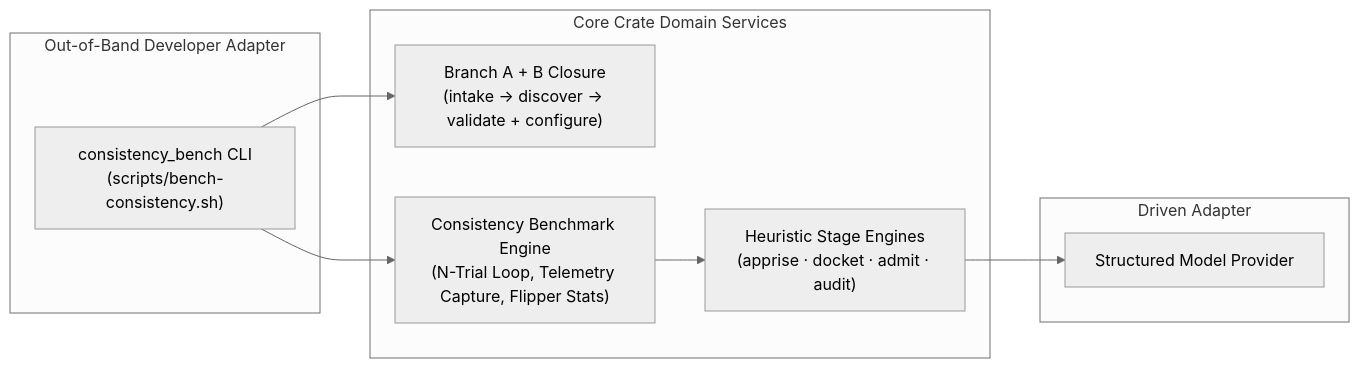
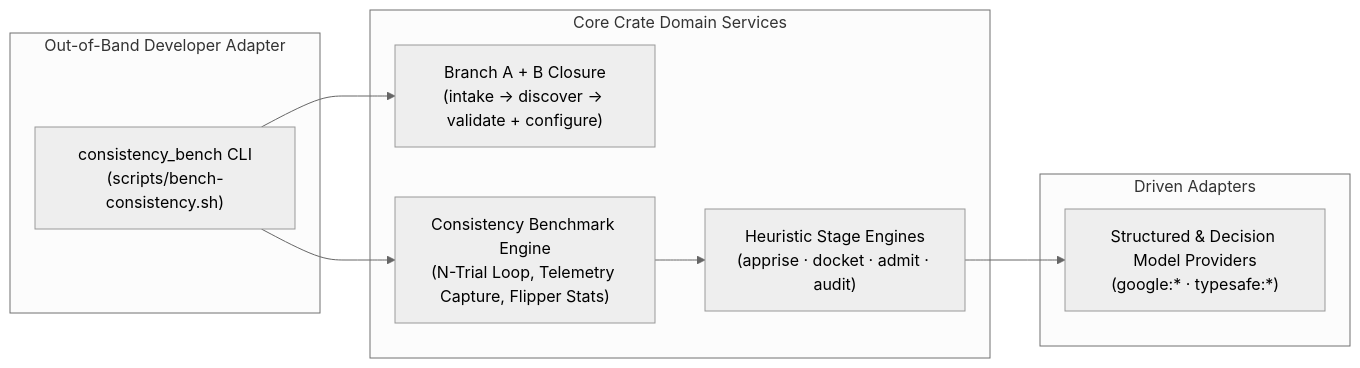
One commit to jimbojw/canon-clerk changed the first of 2 diagrams in docs/architecture/benchmarking.md. Above: the diagram before and after it, drawn with Mermaid (neutral theme). The commit also changed 8 other files, not shown here.

First line of the commit message:
spec(spec): document TypeSafe Jev decision port and two-tier fast-pass audit (#300)

````diff
--- a/docs/architecture/benchmarking.md
+++ b/docs/architecture/benchmarking.md
@@ -35,21 +35,21 @@
 ```mermaid
 flowchart LR
     subgraph DevAdapter ["Out-of-Band Developer Adapter"]
         Runner["consistency_bench CLI<br/>(scripts/bench-consistency.sh)"]
     end
 
     subgraph HexagonCore ["Core Crate Domain Services"]
         Upstream["Branch A + B Closure<br/>(intake → discover → validate + configure)"]
         Bench["Consistency Benchmark Engine<br/>(N-Trial Loop, Telemetry Capture, Flipper Stats)"]
         Stages["Heuristic Stage Engines<br/>(apprise · docket · admit · audit)"]
     end
 
-    subgraph DrivenPort ["Driven Adapter"]
-        Provider["Structured Model Provider"]
+    subgraph DrivenPort ["Driven Adapters"]
+        Provider["Structured & Decision Model Providers<br/>(google:* · typesafe:*)"]
     end
 
     Runner --> Upstream
     Runner --> Bench
     Bench --> Stages
     Stages --> Provider
 ```
````
